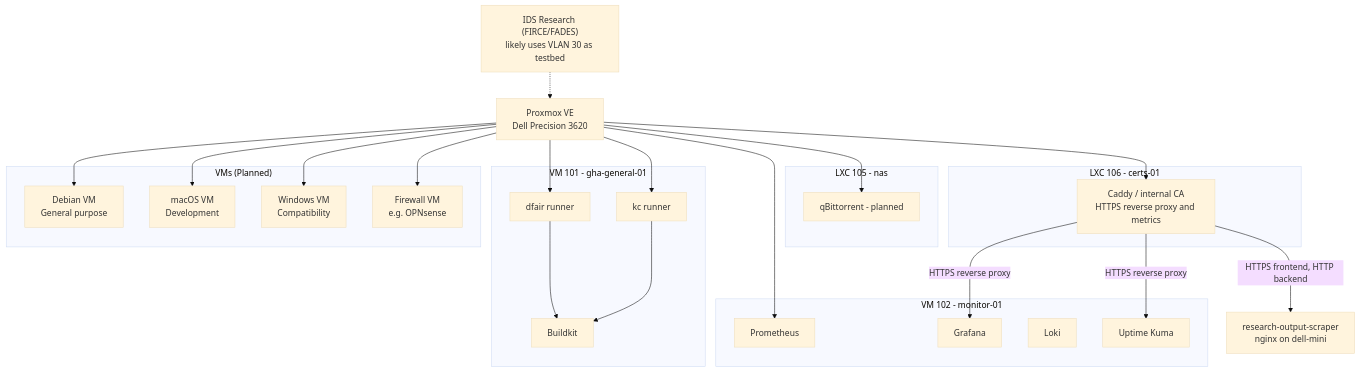
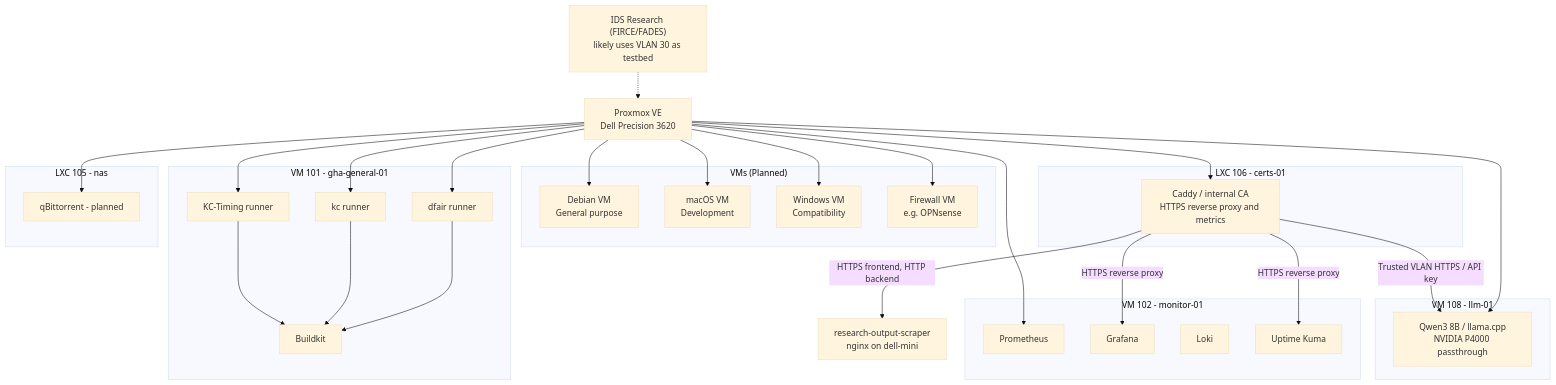
The diagram in docs/services/README.md (sethbarrett50/home_lab_docs), drawn with Mermaid (base theme) before and after one commit. The commit also changed other lines of this file and 10 other files, not shown here.

````diff
--- a/docs/services/README.md
+++ b/docs/services/README.md
@@ -22,51 +23,60 @@
 ```mermaid
 graph TD
     PVE[Proxmox VE\nDell Precision 3620]
 
     subgraph "VMs (Planned)"
         DEBIAN[Debian VM\nGeneral purpose]
         MACOS[macOS VM\nDevelopment]
         WIN[Windows VM\nCompatibility]
         FW[Firewall VM\ne.g. OPNsense]
     end
 
     subgraph "VM 101 - gha-general-01"
         GHA1[dfair runner]
         GHA3[kc runner]
+        GHA4[KC-Timing runner]
         BK[Buildkit]
     end
 
     subgraph "VM 102 - monitor-01"
         PROM[Prometheus]
         GRAF[Grafana]
         LOKI[Loki]
         KUMA[Uptime Kuma]
+    end
+
+    subgraph "VM 108 - llm-01"
+        LLM[Qwen3 8B / llama.cpp\nNVIDIA P4000 passthrough]
     end
 
     subgraph "LXC 106 - certs-01"
         CADDY[Caddy / internal CA\nHTTPS reverse proxy and metrics]
     end
 
     subgraph "LXC 105 - nas"
         QB[qBittorrent - planned]
     end
 
     PVE --> DEBIAN
     PVE --> MACOS
     PVE --> WIN
     PVE --> FW
     PVE --> GHA1
     PVE --> GHA3
+    PVE --> GHA4
     GHA1 --> BK
     GHA3 --> BK
+    GHA4 --> BK
     PVE --> PROM
     PVE --> QB
     PVE --> CADDY
+    PVE --> LLM
+    CADDY -->|Trusted VLAN HTTPS / API key| LLM
     CADDY -->|HTTPS reverse proxy| GRAF
     CADDY -->|HTTPS reverse proxy| KUMA
     LEADERBOARD[research-output-scraper\nnginx on dell-mini] 
     CADDY -->|HTTPS frontend, HTTP backend| LEADERBOARD
 
     IDS["IDS Research (FIRCE/FADES)\nlikely uses VLAN 30 as testbed"]
     IDS -.-> PVE
 ```
````
